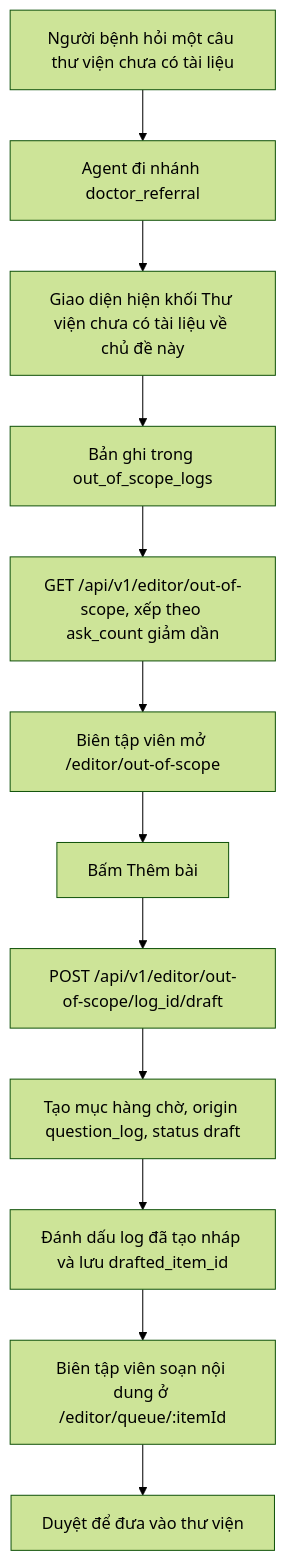
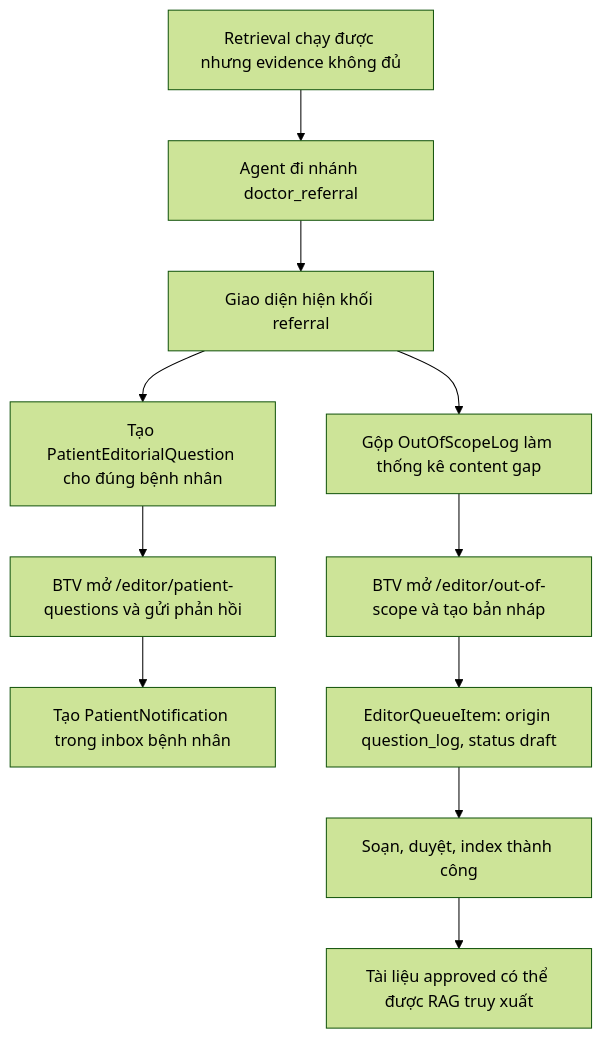
The fifth of 5 diagrams in docs/functional-spec.md (hoangminh37/p-128-deploy), drawn with Mermaid (forest theme) before and after one commit. The commit also changed other lines of this file and 7 other files, not shown here.

Commit message:
docs: week-log and architechture-diagram

````diff
--- a/docs/functional-spec.md
+++ b/docs/functional-spec.md
@@ -906,14 +963,13 @@
 ```mermaid
 flowchart TD
-    A["Người bệnh hỏi một câu thư viện chưa có tài liệu"] --> B["Agent đi nhánh doctor_referral"]
-    B --> C["Giao diện hiện khối Thư viện chưa có tài liệu về chủ đề này"]
-    C --> D["Bản ghi trong out_of_scope_logs"]
-    D --> E["GET /api/v1/editor/out-of-scope, xếp theo ask_count giảm dần"]
-    E --> F["Biên tập viên mở /editor/out-of-scope"]
-    F --> G["Bấm Thêm bài"]
-    G --> H["POST /api/v1/editor/out-of-scope/log_id/draft"]
-    H --> I["Tạo mục hàng chờ, origin question_log, status draft"]
-    I --> J["Đánh dấu log đã tạo nháp và lưu drafted_item_id"]
-    J --> K["Biên tập viên soạn nội dung ở /editor/queue/:itemId"]
-    K --> L["Duyệt để đưa vào thư viện"]
+    A["Retrieval chạy được nhưng evidence không đủ"] --> B["Agent đi nhánh doctor_referral"]
+    B --> C["Giao diện hiện khối referral"]
+    C --> D["Tạo PatientEditorialQuestion cho đúng bệnh nhân"]
+    C --> E["Gộp OutOfScopeLog làm thống kê content gap"]
+    D --> F["BTV mở /editor/patient-questions và gửi phản hồi"]
+    F --> G["Tạo PatientNotification trong inbox bệnh nhân"]
+    E --> H["BTV mở /editor/out-of-scope và tạo bản nháp"]
+    H --> I["EditorQueueItem: origin question_log, status draft"]
+    I --> J["Soạn, duyệt, index thành công"]
+    J --> K["Tài liệu approved có thể được RAG truy xuất"]
 ```
````
